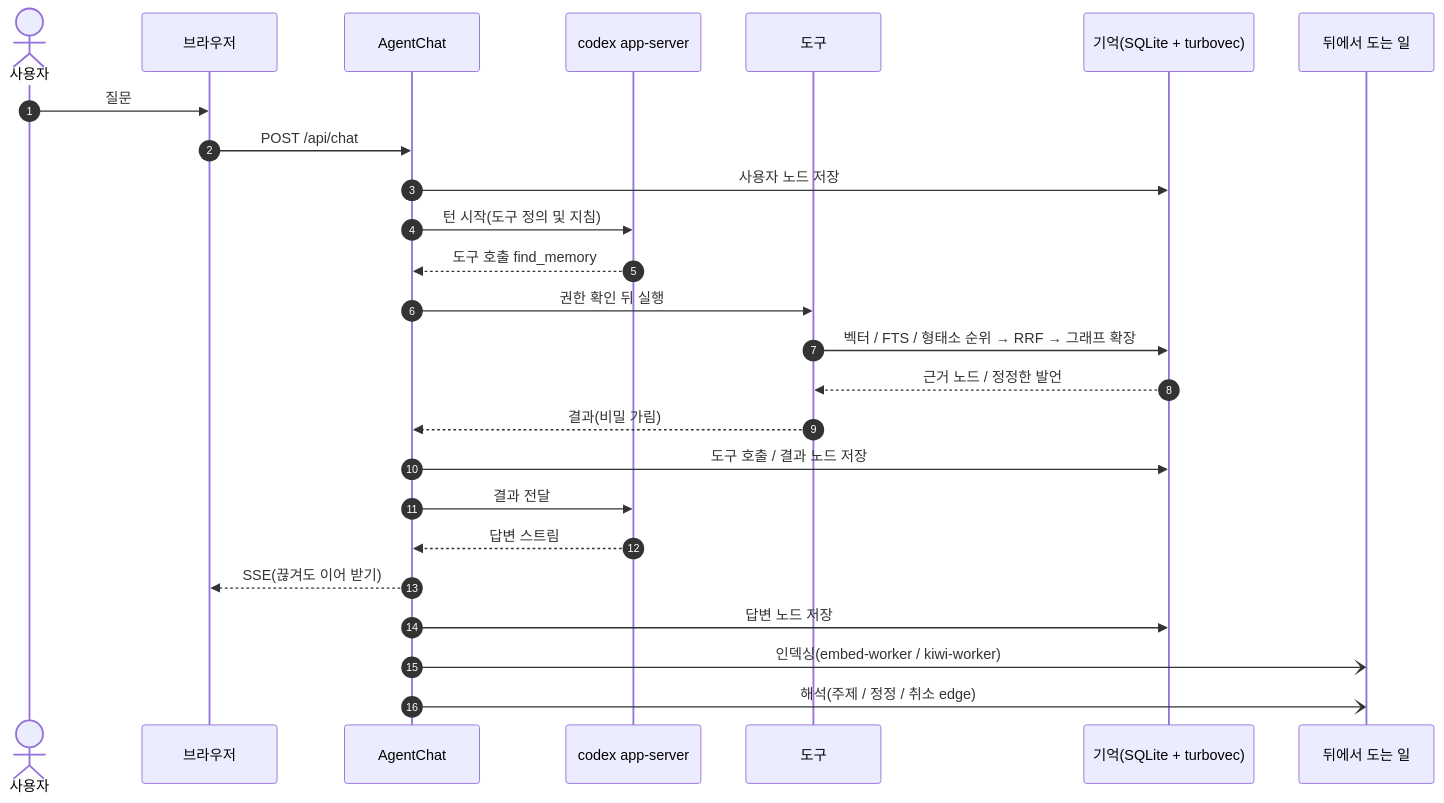
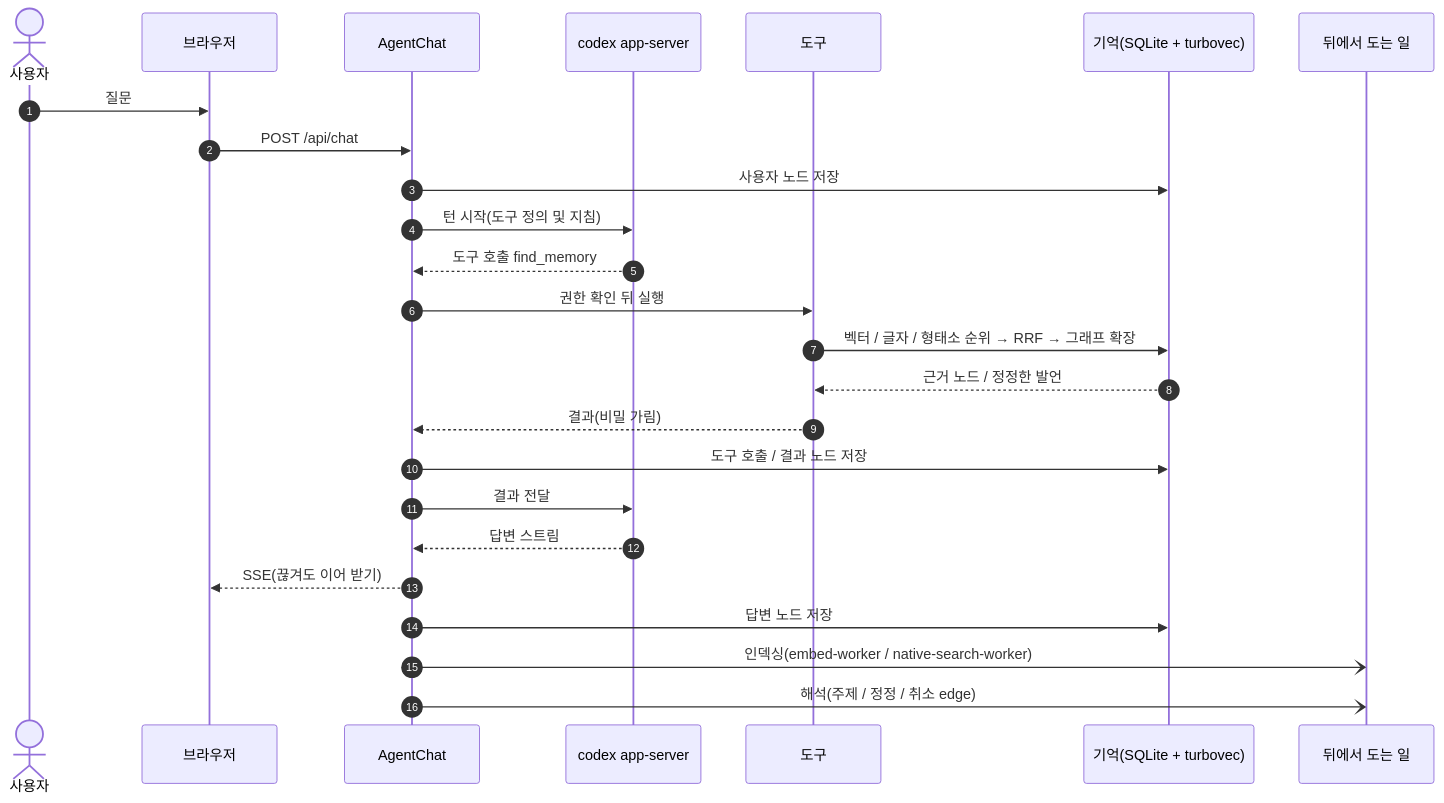
One commit to CreeJee/context-generactive-ai-agent changed the second of 3 diagrams in README.md. Above: the diagram before and after it, drawn with Mermaid. The commit also changed other lines of this file and 61 other files, not shown here.

First line of the commit message:
refactor(memory-agent): Kiwi 형태소 분석과 FTS5 테이블을 걷어낸다

````diff
--- a/README.md
+++ b/README.md
@@ -120,28 +119,28 @@
 ```mermaid
 sequenceDiagram
   autonumber
   actor User as 사용자
   participant UI as 브라우저
   participant Chat as AgentChat
   participant Codex as codex app-server
   participant Tools as 도구
   participant Mem as 기억(SQLite + turbovec)
   participant BG as 뒤에서 도는 일
 
   User->>UI: 질문
   UI->>Chat: POST /api/chat
   Chat->>Mem: 사용자 노드 저장
   Chat->>Codex: 턴 시작(도구 정의 및 지침)
   Codex-->>Chat: 도구 호출 find_memory
   Chat->>Tools: 권한 확인 뒤 실행
-  Tools->>Mem: 벡터 / FTS / 형태소 순위 → RRF → 그래프 확장
+  Tools->>Mem: 벡터 / 글자 / 형태소 순위 → RRF → 그래프 확장
   Mem-->>Tools: 근거 노드 / 정정한 발언
   Tools-->>Chat: 결과(비밀 가림)
   Chat->>Mem: 도구 호출 / 결과 노드 저장
   Chat->>Codex: 결과 전달
   Codex-->>Chat: 답변 스트림
   Chat-->>UI: SSE(끊겨도 이어 받기)
   Chat->>Mem: 답변 노드 저장
-  Chat-)BG: 인덱싱(embed-worker / kiwi-worker)
+  Chat-)BG: 인덱싱(embed-worker / native-search-worker)
   Chat-)BG: 해석(주제 / 정정 / 취소 edge)
 ```
````
